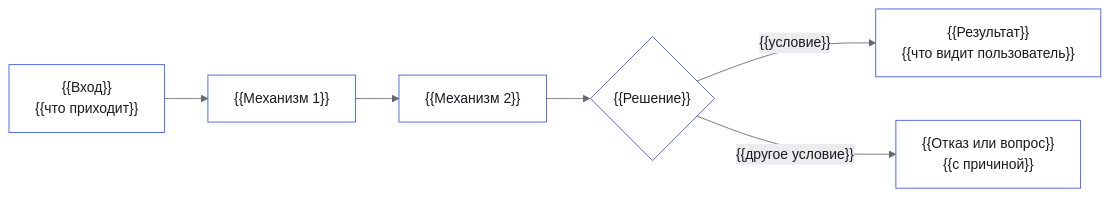
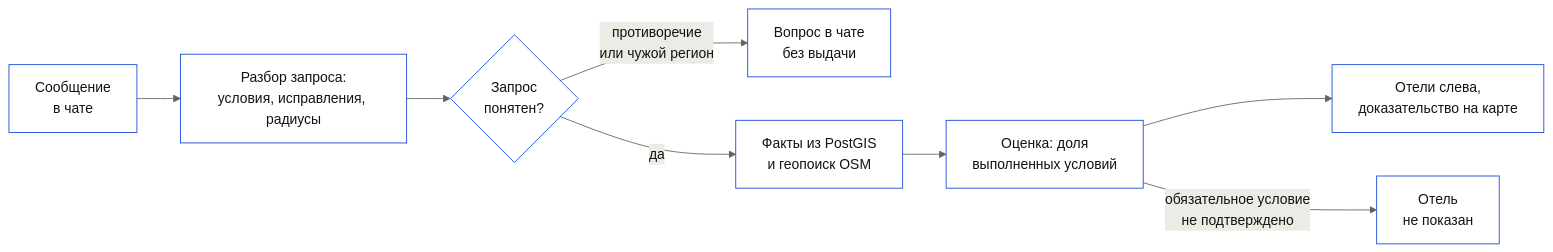
The diagram in README.md (GoatWhistle/ostrovok), drawn with Mermaid before and after one commit. The commit also changed other lines of this file and 56 other files, not shown here.

````diff
--- a/README.md
+++ b/README.md
@@ -77,9 +86,11 @@
 ```mermaid
-%%{init: {"theme":"base","themeVariables":{"primaryColor":"#ffffff","primaryTextColor":"#1a1a1e","primaryBorderColor":"#3d5bd9","secondaryColor":"#ececee","tertiaryColor":"#f6f6f7","lineColor":"#686872","textColor":"#1a1a1e","noteBkgColor":"#ececee","noteTextColor":"#54545c","actorBkg":"#ffffff","actorBorder":"#3d5bd9","fontFamily":"Inter Variable"}}}%%
+%%{init: {"theme":"base","themeVariables":{"primaryColor":"#ffffff","primaryTextColor":"#12140f","primaryBorderColor":"#1546db","secondaryColor":"#eaece5","tertiaryColor":"#f4f5f1","lineColor":"#61665a","textColor":"#12140f","noteBkgColor":"#eaece5","noteTextColor":"#4a4e44","actorBkg":"#ffffff","actorBorder":"#1546db","fontFamily":"Manrope Variable"}}}%%
 flowchart LR
-    A["{{Вход}}<br/>{{что приходит}}"] --> B["{{Механизм 1}}"]
-    B --> C["{{Механизм 2}}"]
-    C --> D{"{{Решение}}"}
-    D -- "{{условие}}" --> E["{{Результат}}<br/>{{что видит пользователь}}"]
-    D -- "{{другое условие}}" --> F["{{Отказ или вопрос}}<br/>{{с причиной}}"]
+    A["Сообщение<br/>в чате"] --> B["Разбор запроса:<br/>условия, исправления, радиусы"]
+    B --> C{"Запрос<br/>понятен?"}
+    C -- "противоречие<br/>или чужой регион" --> R["Вопрос в чате<br/>без выдачи"]
+    C -- "да" --> D["Факты из PostGIS<br/>и геопоиск OSM"]
+    D --> E["Оценка: доля<br/>выполненных условий"]
+    E --> F["Отели слева,<br/>доказательство на карте"]
+    E -- "обязательное условие<br/>не подтверждено" --> G["Отель<br/>не показан"]
 ```
````
